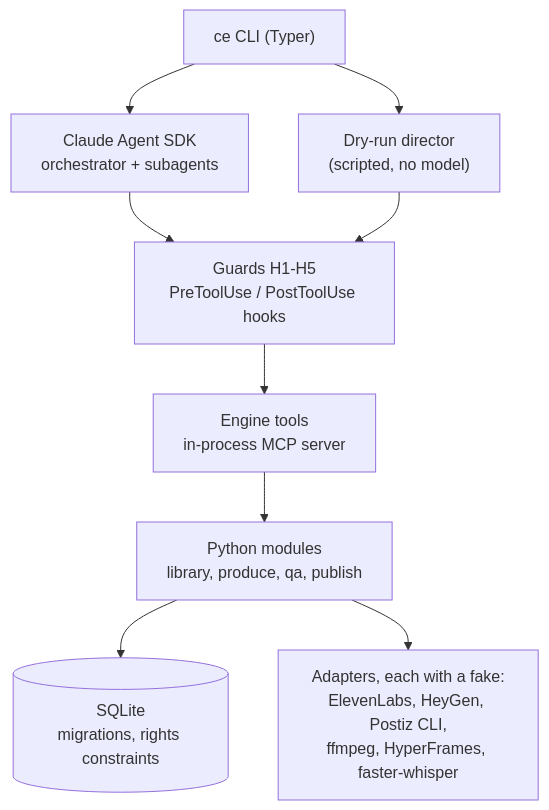
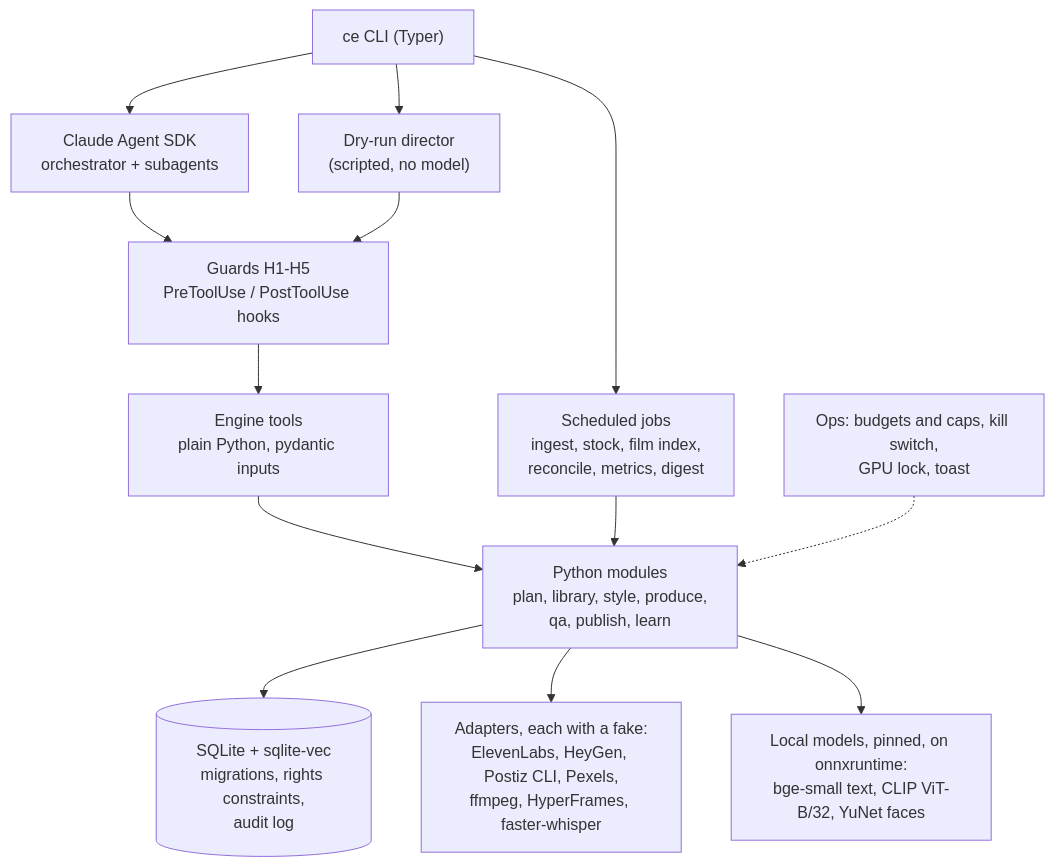
One commit to digiscalability/content-engine changed the second of 2 diagrams in README.md. Above: the diagram before and after it, drawn with Mermaid. The commit also changed other lines of this file and 164 other files, not shown here.

````diff
--- a/README.md
+++ b/README.md
@@ -33,11 +41,15 @@
 ```mermaid
 flowchart TB
   CLI["ce CLI (Typer)"] --> AG["Claude Agent SDK<br/>orchestrator + subagents"]
   CLI --> DR["Dry-run director<br/>(scripted, no model)"]
+  CLI --> J["Scheduled jobs<br/>ingest, stock, film index,<br/>reconcile, metrics, digest"]
   AG --> G["Guards H1-H5<br/>PreToolUse / PostToolUse hooks"]
   DR --> G
-  G --> T["Engine tools<br/>in-process MCP server"]
-  T --> M["Python modules<br/>library, produce, qa, publish"]
-  M --> DB[("SQLite<br/>migrations, rights constraints")]
-  M --> X["Adapters, each with a fake:<br/>ElevenLabs, HeyGen, Postiz CLI,<br/>ffmpeg, HyperFrames, faster-whisper"]
+  G --> T["Engine tools<br/>plain Python, pydantic inputs"]
+  T --> M["Python modules<br/>plan, library, style, produce,<br/>qa, publish, learn"]
+  J --> M
+  OPS["Ops: budgets and caps, kill switch,<br/>GPU lock, toast"] -.-> M
+  M --> DB[("SQLite + sqlite-vec<br/>migrations, rights constraints,<br/>audit log")]
+  M --> X["Adapters, each with a fake:<br/>ElevenLabs, HeyGen, Postiz CLI, Pexels,<br/>ffmpeg, HyperFrames, faster-whisper"]
+  M --> LM["Local models, pinned, on onnxruntime:<br/>bge-small text, CLIP ViT-B/32, YuNet faces"]
 ```
````
